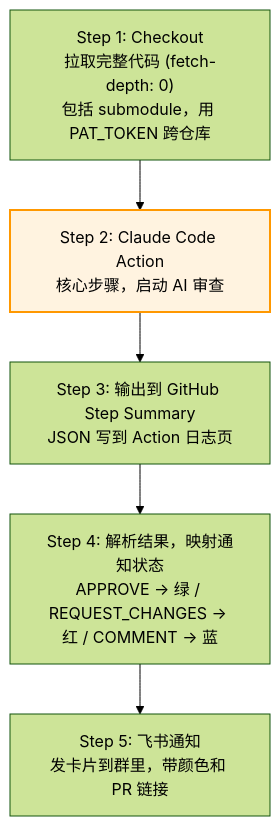
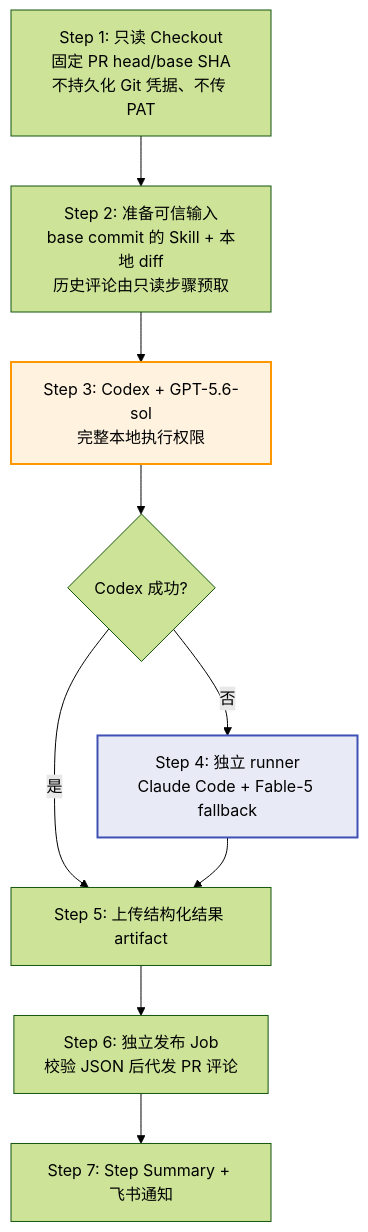
One commit to Lightspeed-Intelligence/agentic-workflow-template changed the fourth of 13 diagrams in docs/code-review-design.md. Above: the diagram before and after it, drawn with Mermaid (forest theme). The commit also changed other lines of this file and 3 other files, not shown here.

Commit message:
feat(pr-review): isolate agents from GitHub writes

````diff
--- a/docs/code-review-design.md
+++ b/docs/code-review-design.md
@@ -122,12 +124,19 @@
 ```mermaid
 flowchart TD
-    A["Step 1: Checkout<br/>拉取完整代码 (fetch-depth: 0)<br/>包括 submodule，用 PAT_TOKEN 跨仓库"]
-    B["Step 2: Claude Code Action<br/>核心步骤，启动 AI 审查"]
-    C["Step 3: 输出到 GitHub Step Summary<br/>JSON 写到 Action 日志页"]
-    D["Step 4: 解析结果，映射通知状态<br/>APPROVE → 绿 / REQUEST_CHANGES → 红 / COMMENT → 蓝"]
-    E["Step 5: 飞书通知<br/>发卡片到群里，带颜色和 PR 链接"]
+    A["Step 1: 只读 Checkout<br/>固定 PR head/base SHA<br/>不持久化 Git 凭据、不传 PAT"]
+    B["Step 2: 准备可信输入<br/>base commit 的 Skill + 本地 diff<br/>历史评论由只读步骤预取"]
+    C["Step 3: Codex + GPT-5.6-sol<br/>完整本地执行权限"]
+    D{"Codex 成功?"}
+    E["Step 4: 独立 runner<br/>Claude Code + Fable-5 fallback"]
+    F["Step 5: 上传结构化结果 artifact"]
+    G["Step 6: 独立发布 Job<br/>校验 JSON 后代发 PR 评论"]
+    H["Step 7: Step Summary + 飞书通知"]
 
-    A --> B --> C --> D --> E
+    A --> B --> C --> D
+    D -->|是| F
+    D -->|否| E --> F
+    F --> G --> H
 
-    style B fill:#fff3e0,stroke:#FF9800,stroke-width:2px
+    style C fill:#fff3e0,stroke:#FF9800,stroke-width:2px
+    style E fill:#e8eaf6,stroke:#3F51B5,stroke-width:2px
 ```
````
